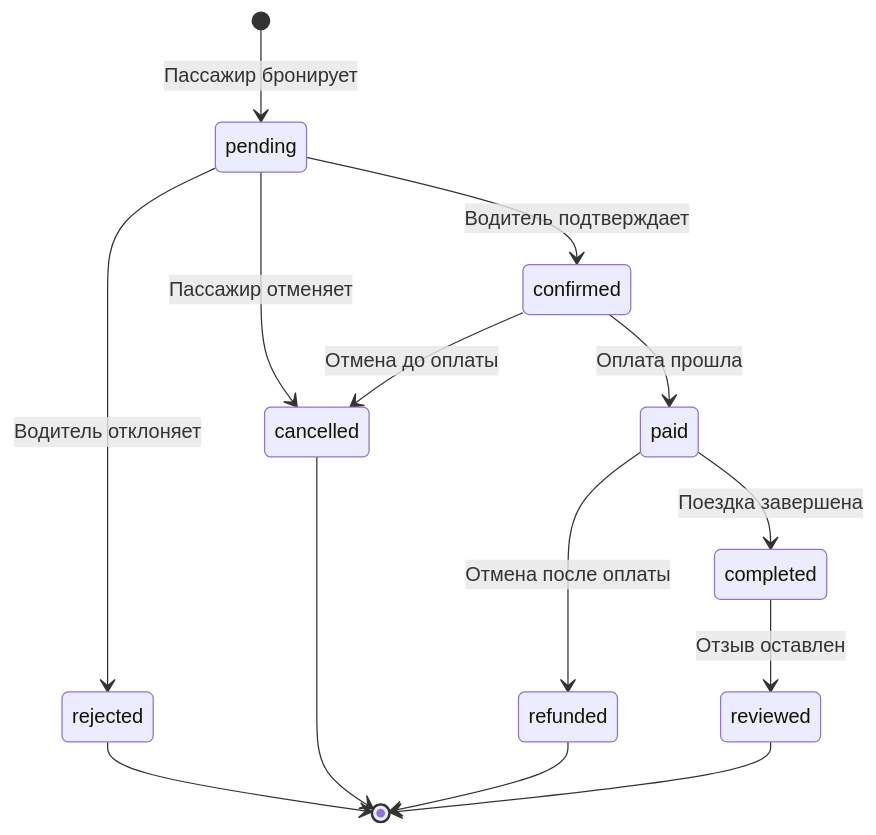
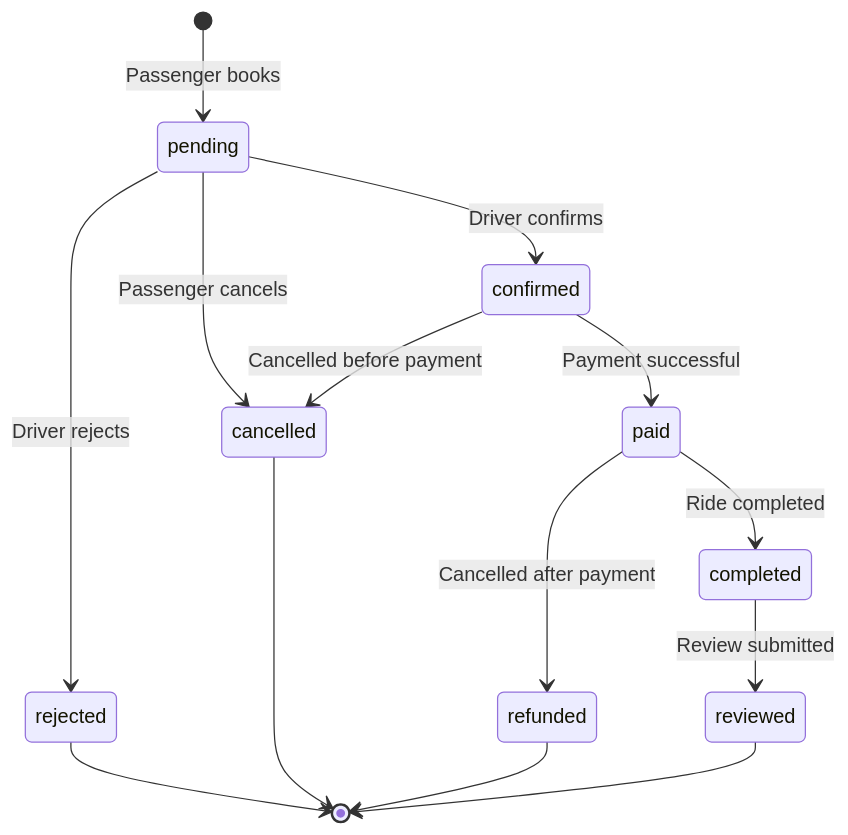
Before and after one commit to JosephIsrafilov/yolustu: the third of 7 diagrams in yolustu_architecture.md, drawn with Mermaid. The commit also changed other lines of this file and 2 other files, not shown here.

````diff
--- a/yolustu_architecture.md
+++ b/yolustu_architecture.md
@@ -115,16 +115,16 @@
 ```mermaid
 stateDiagram-v2
-    [*] --> pending : Пассажир бронирует
-    pending --> confirmed : Водитель подтверждает
-    pending --> rejected : Водитель отклоняет
-    pending --> cancelled : Пассажир отменяет
-    confirmed --> paid : Оплата прошла
-    confirmed --> cancelled : Отмена до оплаты
-    paid --> completed : Поездка завершена
-    paid --> refunded : Отмена после оплаты
-    completed --> reviewed : Отзыв оставлен
+    [*] --> pending : Passenger books
+    pending --> confirmed : Driver confirms
+    pending --> rejected : Driver rejects
+    pending --> cancelled : Passenger cancels
+    confirmed --> paid : Payment successful
+    confirmed --> cancelled : Cancelled before payment
+    paid --> completed : Ride completed
+    paid --> refunded : Cancelled after payment
+    completed --> reviewed : Review submitted
     rejected --> [*]
     cancelled --> [*]
     refunded --> [*]
     reviewed --> [*]
 ```
````
